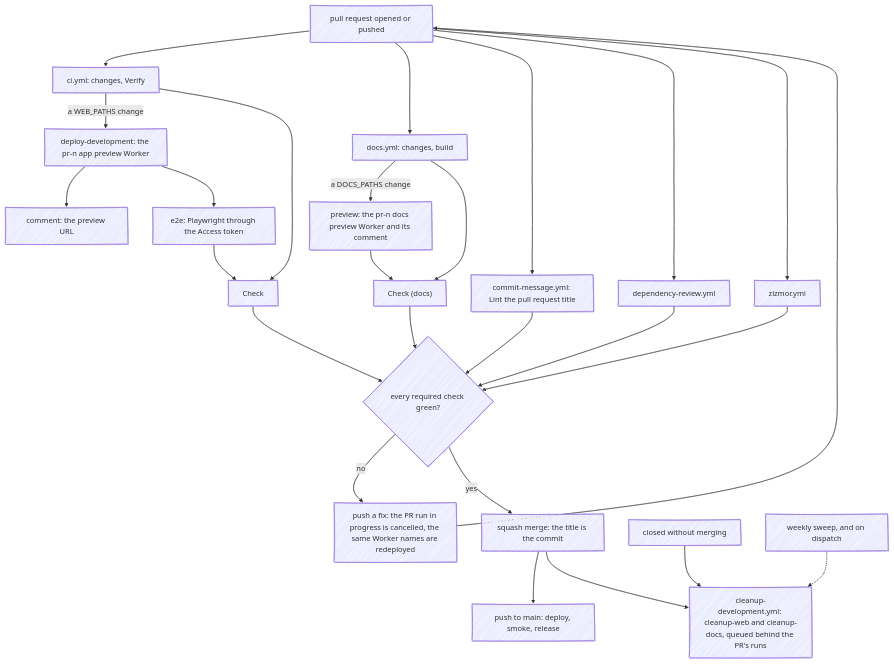
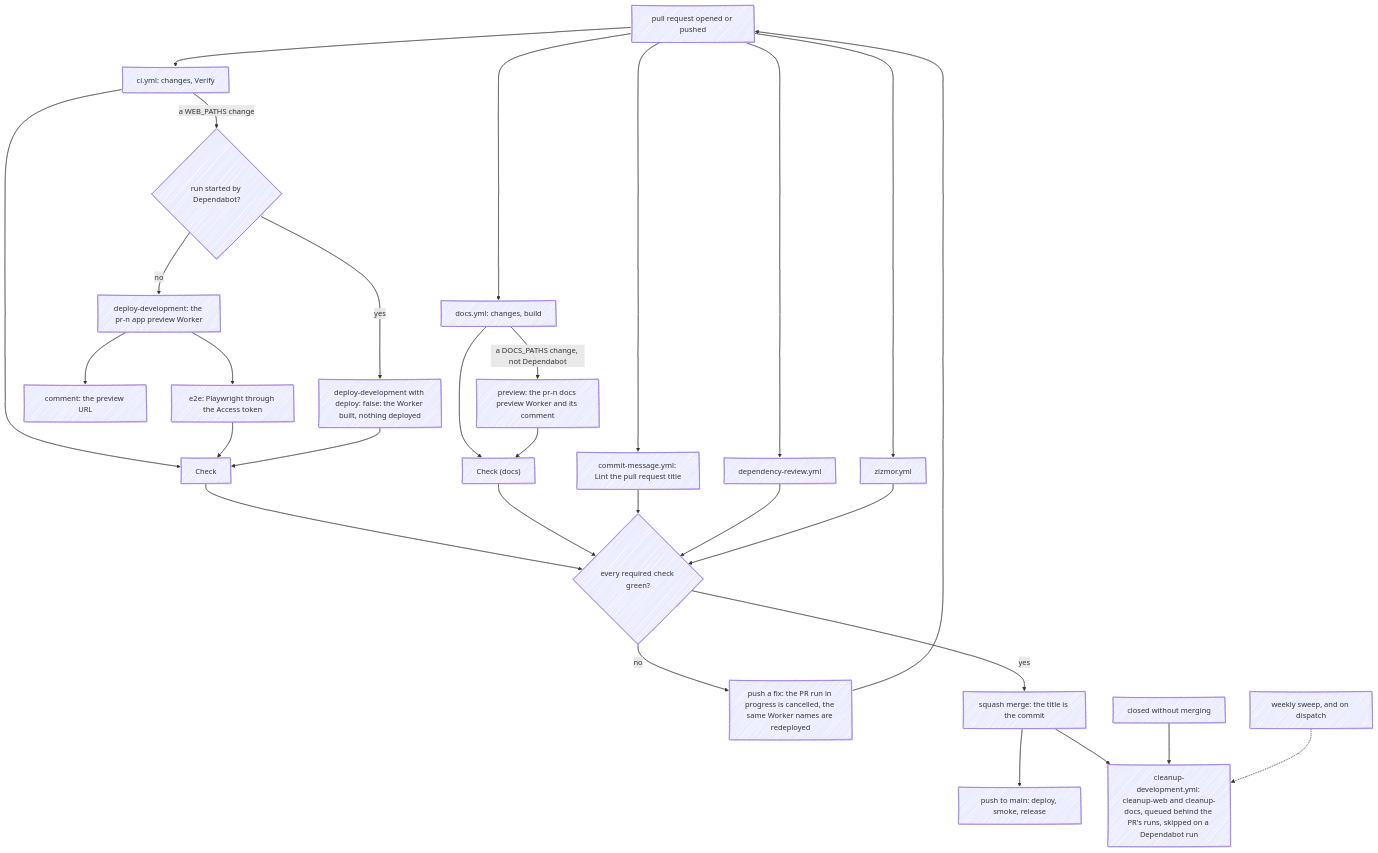
One commit to fbuireu/forever-pto changed the third of 3 diagrams in apps/docs/src/content/docs/infra/workflows.mdx. Above: the diagram before and after it, drawn with Mermaid. The commit also changed other lines of this file and 1 other file, not shown here.

Commit message:
docs(docs): draw the Dependabot pull request's build-only path in the workflow diagrams
The CI and pull request diagrams showed every pull request deploying a
preview. They branch on a run Dependabot triggers now: deploy-development
builds the Worker with deploy: false and ships nothing, the comment, the
E2E and the docs preview are skipped, and the build still reaches Check;
the cleanup node says it skips such a run. The environments page names the
deploy: false call beside the worker_name override.

````diff
--- a/apps/docs/src/content/docs/infra/workflows.mdx
+++ b/apps/docs/src/content/docs/infra/workflows.mdx
@@ -142,25 +143,27 @@
 ```mermaid
 ---
 config:
   look: handDrawn
   layout: dagre
 ---
 flowchart TD
   PUSH["pull request opened or pushed"] --> CIW & DOCW & TITLE & DEPR & ZZ
-  CIW["ci.yml: changes, Verify"] -->|"a WEB_PATHS change"| DD["deploy-development: the pr-n app preview Worker"]
+  CIW["ci.yml: changes, Verify"] -->|"a WEB_PATHS change"| BOT{"run started by Dependabot?"}
+  BOT -- "no" --> DD["deploy-development: the pr-n app preview Worker"]
+  BOT -- "yes" --> BUILD["deploy-development with deploy: false: the Worker built, nothing deployed"]
   DD --> CMT["comment: the preview URL"]
   DD --> E2E["e2e: Playwright through the Access token"]
-  DOCW["docs.yml: changes, build"] -->|"a DOCS_PATHS change"| DPV["preview: the pr-n docs preview Worker and its comment"]
+  DOCW["docs.yml: changes, build"] -->|"a DOCS_PATHS change, not Dependabot"| DPV["preview: the pr-n docs preview Worker and its comment"]
   TITLE["commit-message.yml: Lint the pull request title"]
   DEPR["dependency-review.yml"]
   ZZ["zizmor.yml"]
-  CIW & E2E --> CK["Check"]
+  CIW & E2E & BUILD --> CK["Check"]
   DOCW & DPV --> CKD["Check (docs)"]
   CK & CKD & TITLE & DEPR & ZZ --> REQ{"every required check green?"}
   REQ -- "no" --> FIX["push a fix: the PR run in progress is cancelled, the same Worker names are redeployed"]
   FIX --> PUSH
   REQ -- "yes" --> MERGE["squash merge: the title is the commit"]
   MERGE --> MAIN["push to main: deploy, smoke, release"]
-  MERGE & CLOSED["closed without merging"] --> CLEAN["cleanup-development.yml: cleanup-web and cleanup-docs, queued behind the PR's runs"]
+  MERGE & CLOSED["closed without merging"] --> CLEAN["cleanup-development.yml: cleanup-web and cleanup-docs, queued behind the PR's runs, skipped on a Dependabot run"]
   SWEEP["weekly sweep, and on dispatch"] -.-> CLEAN
 ```
````
